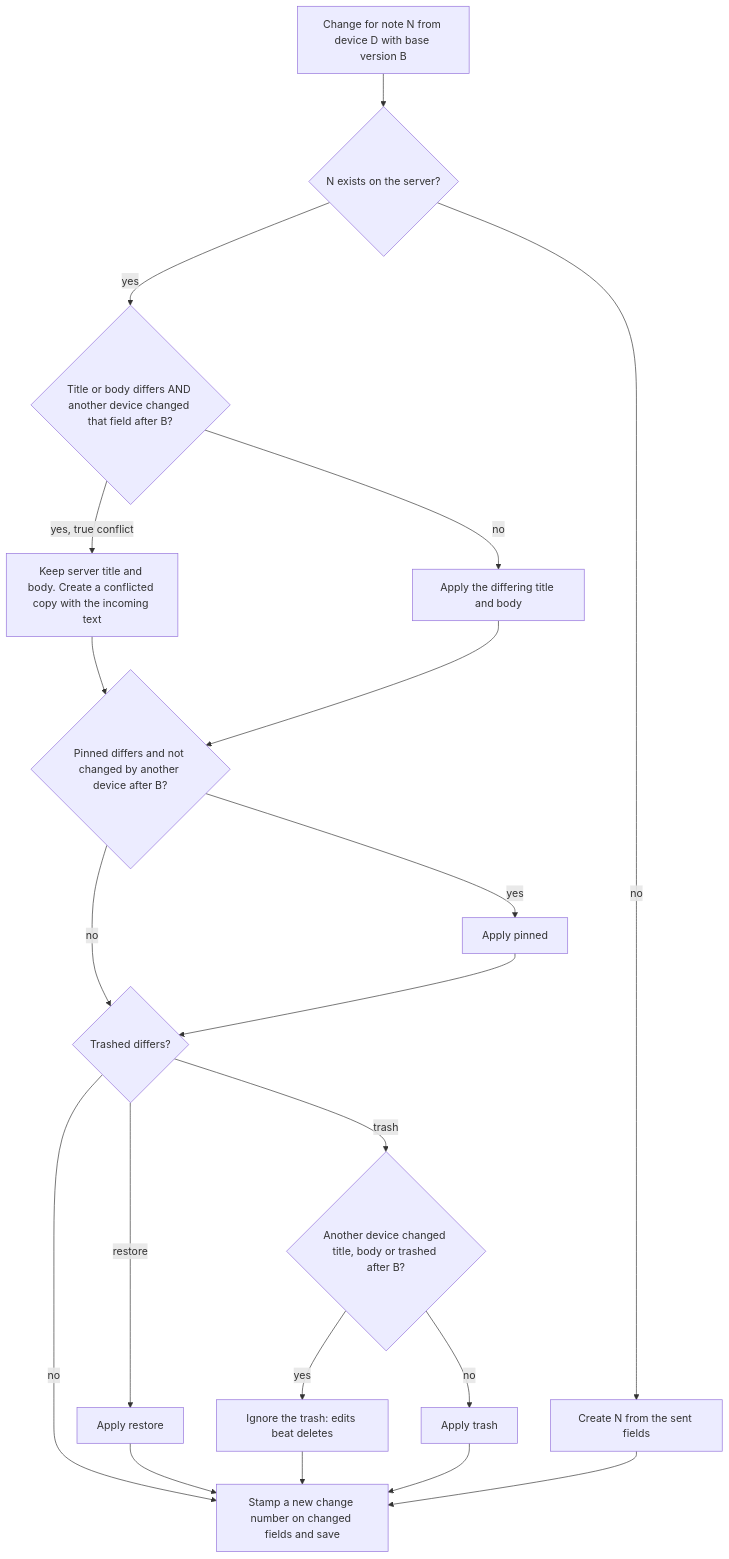
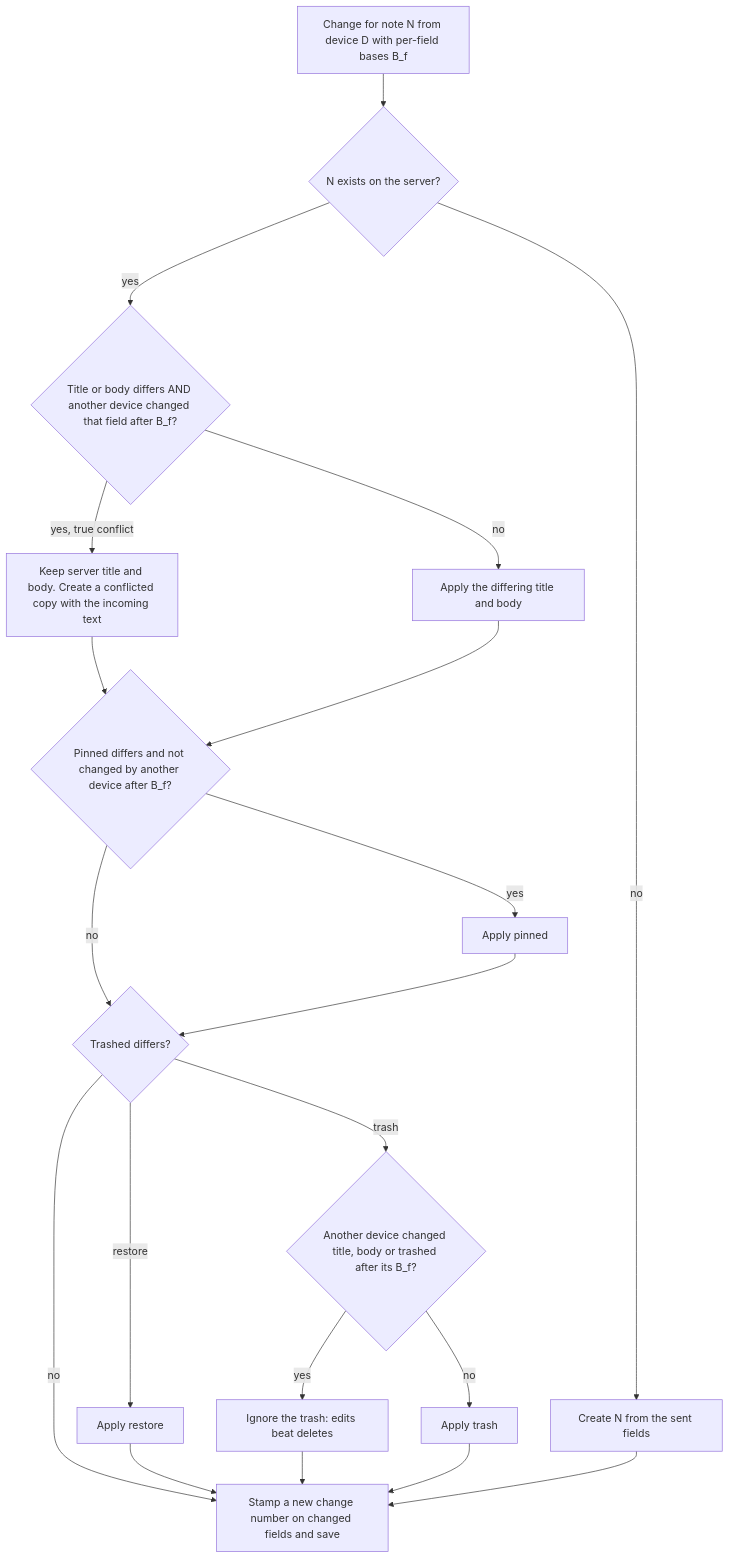
Before and after one commit to aceeejlrz/syncNotes: the sixth of 10 diagrams in ARCHITECTURE.md, drawn with Mermaid. The commit also changed other lines of this file and 2 other files, not shown here.

First line of the commit message:
docs: adopt per-field base versions in the sync protocol (ADR-018)

````diff
--- a/ARCHITECTURE.md
+++ b/ARCHITECTURE.md
@@ -1169,22 +1182,22 @@
 ```mermaid
 flowchart TD
-    A["Change for note N from device D with base version B"] --> B1{"N exists on the server?"}
+    A["Change for note N from device D with per-field bases B_f"] --> B1{"N exists on the server?"}
     B1 -- "no" --> C["Create N from the sent fields"]
-    B1 -- "yes" --> D1{"Title or body differs AND another device changed that field after B?"}
+    B1 -- "yes" --> D1{"Title or body differs AND another device changed that field after B_f?"}
     D1 -- "yes, true conflict" --> E["Keep server title and body. Create a conflicted copy with the incoming text"]
     D1 -- "no" --> F["Apply the differing title and body"]
-    E --> G{"Pinned differs and not changed by another device after B?"}
+    E --> G{"Pinned differs and not changed by another device after B_f?"}
     F --> G
     G -- "yes" --> H["Apply pinned"]
     G -- "no" --> I{"Trashed differs?"}
     H --> I
     I -- "restore" --> J["Apply restore"]
-    I -- "trash" --> K{"Another device changed title, body or trashed after B?"}
+    I -- "trash" --> K{"Another device changed title, body or trashed after its B_f?"}
     K -- "yes" --> L["Ignore the trash: edits beat deletes"]
     K -- "no" --> M["Apply trash"]
     I -- "no" --> N["Stamp a new change number on changed fields and save"]
     J --> N
     L --> N
     M --> N
     C --> N
 ```
````
